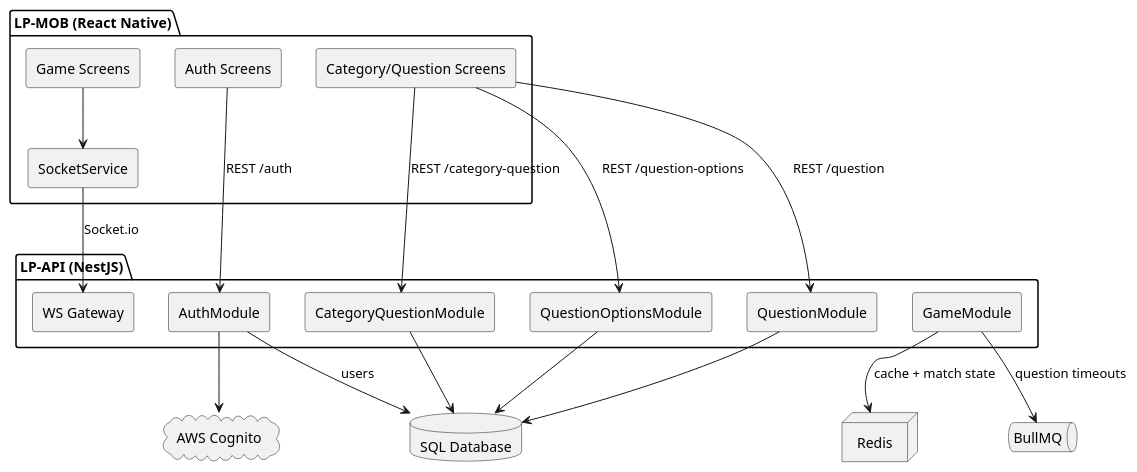
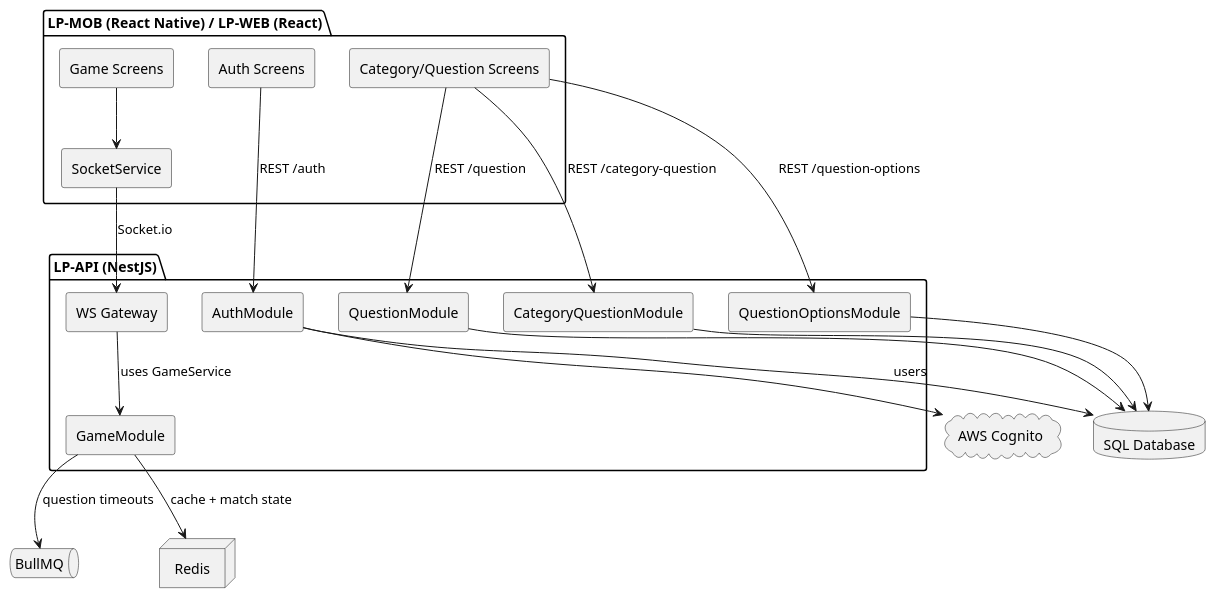
The diagram in docs/diagrams/component-diagram.puml (smyleface18/LinguaPlay), drawn with PlantUML before and after one commit. The commit also changed 9 other files, not shown here.

First line of the commit message:
docs: add technical/internal documentation, update diagrams and submodule refs

```diff
--- a/docs/diagrams/component-diagram.puml
+++ b/docs/diagrams/component-diagram.puml
@@ -1,41 +1,43 @@
 @startuml
 skinparam componentStyle rectangle
 
-package "LP-MOB (React Native)" {
+package "LP-MOB (React Native) / LP-WEB (React)" {
   [Auth Screens]
   [Game Screens]
   [Category/Question Screens]
   [SocketService]
 }
 
 package "LP-API (NestJS)" {
   [AuthModule]
   [GameModule]
   [QuestionModule]
   [CategoryQuestionModule]
   [QuestionOptionsModule]
   [WS Gateway]
 }
 
 cloud "AWS Cognito" as Cognito
 queue "BullMQ" as Queue
 node "Redis" as Redis
 database "SQL Database" as DB
 
 [Auth Screens] --> [AuthModule] : REST /auth
 [Category/Question Screens] --> [QuestionModule] : REST /question
 [Category/Question Screens] --> [CategoryQuestionModule] : REST /category-question
 [Category/Question Screens] --> [QuestionOptionsModule] : REST /question-options
 
 [Game Screens] --> [SocketService]
 [SocketService] --> [WS Gateway] : Socket.io
 
+[WS Gateway] --> [GameModule] : uses GameService
+
 [AuthModule] --> Cognito
 [GameModule] --> Redis : cache + match state
 [GameModule] --> Queue : question timeouts
 [QuestionModule] --> DB
 [CategoryQuestionModule] --> DB
 [QuestionOptionsModule] --> DB
 [AuthModule] --> DB : users
 
 @enduml
```
